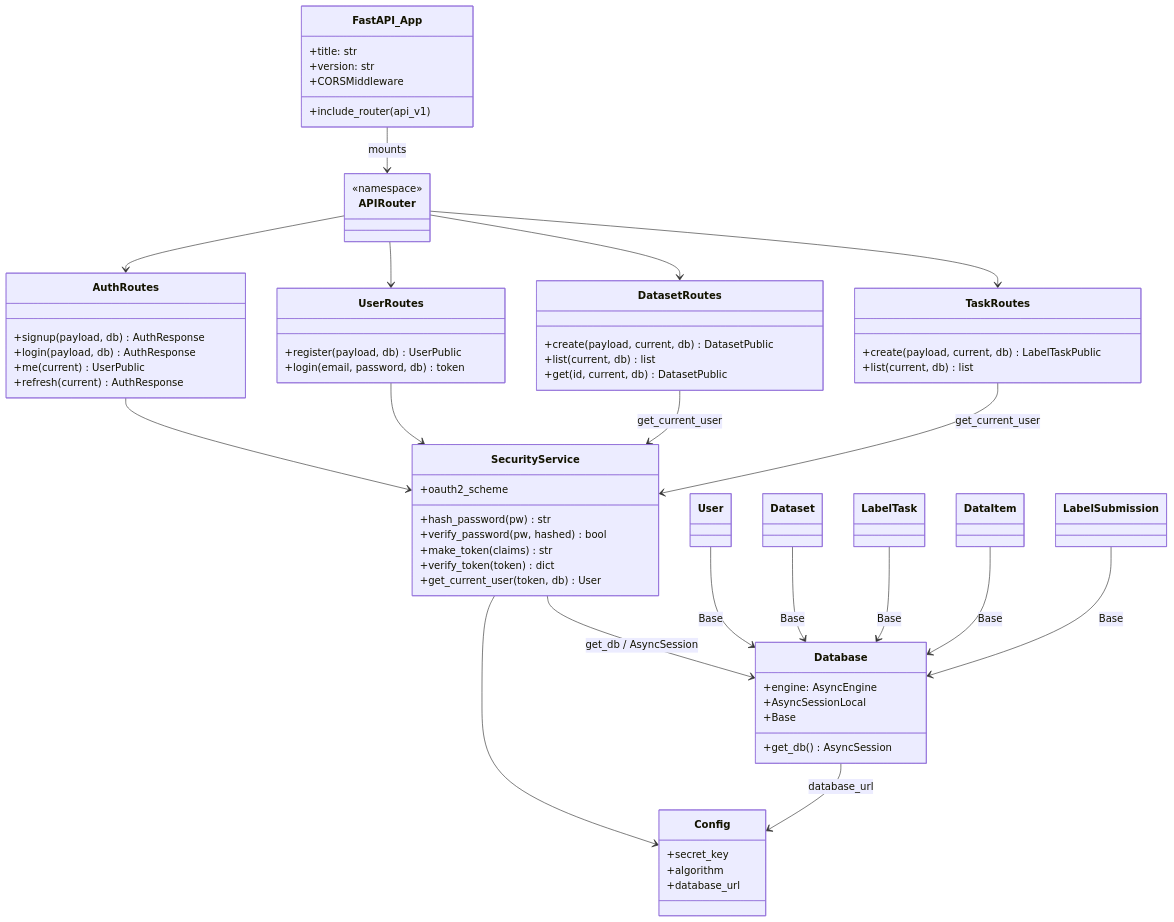
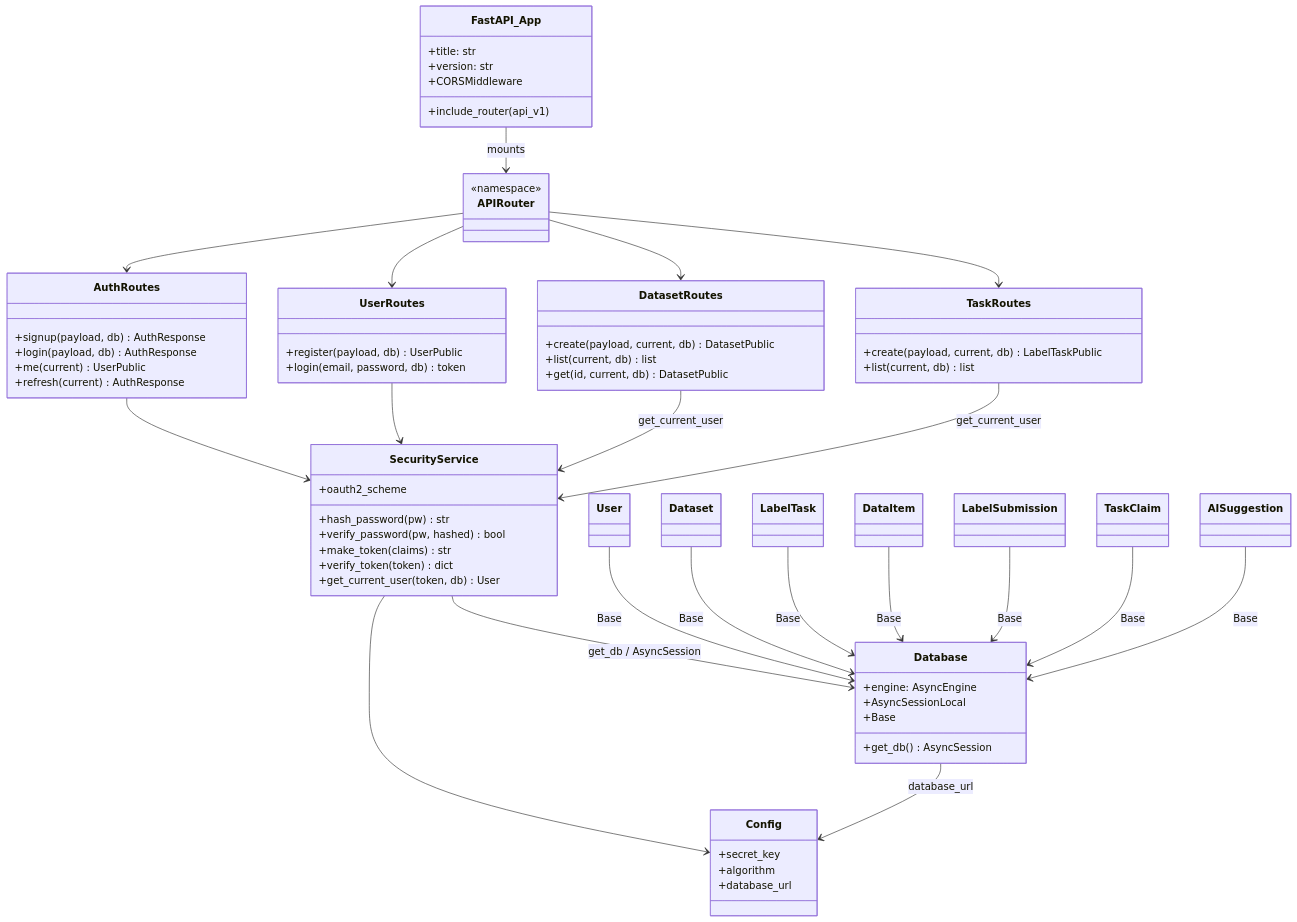
The diagram in docs/diagrams/class-module.md (Unknown420-alt/ai-dataset-labeling-marketplace), drawn with Mermaid before and after one commit. The commit also changed 4 other files, not shown here.

Commit message:
docs: add changelog and refresh diagrams for 7-table schema

````diff
--- a/docs/diagrams/class-module.md
+++ b/docs/diagrams/class-module.md
@@ -63,6 +63,8 @@
     class LabelTask
     class DataItem
     class LabelSubmission
+    class TaskClaim
+    class AISuggestion
 
     FastAPI_App --> APIRouter : mounts
     APIRouter --> AuthRoutes
@@ -84,4 +86,6 @@
     LabelTask --> Database : Base
     DataItem --> Database : Base
     LabelSubmission --> Database : Base
+    TaskClaim --> Database : Base
+    AISuggestion --> Database : Base
 ```
````
